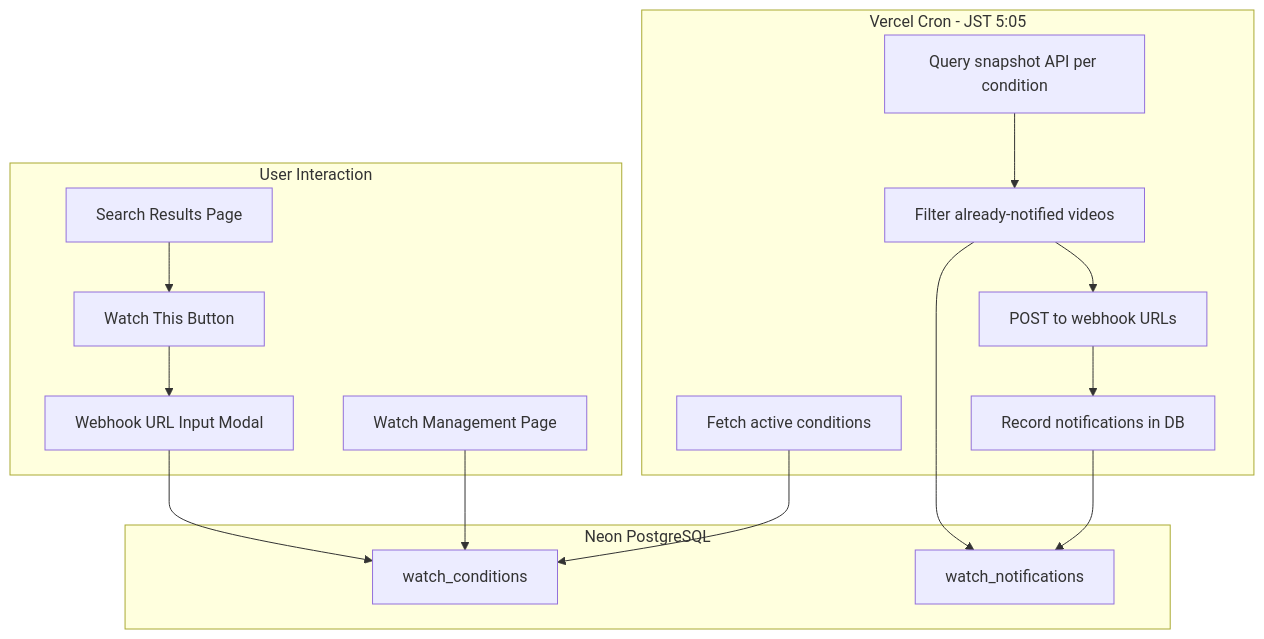
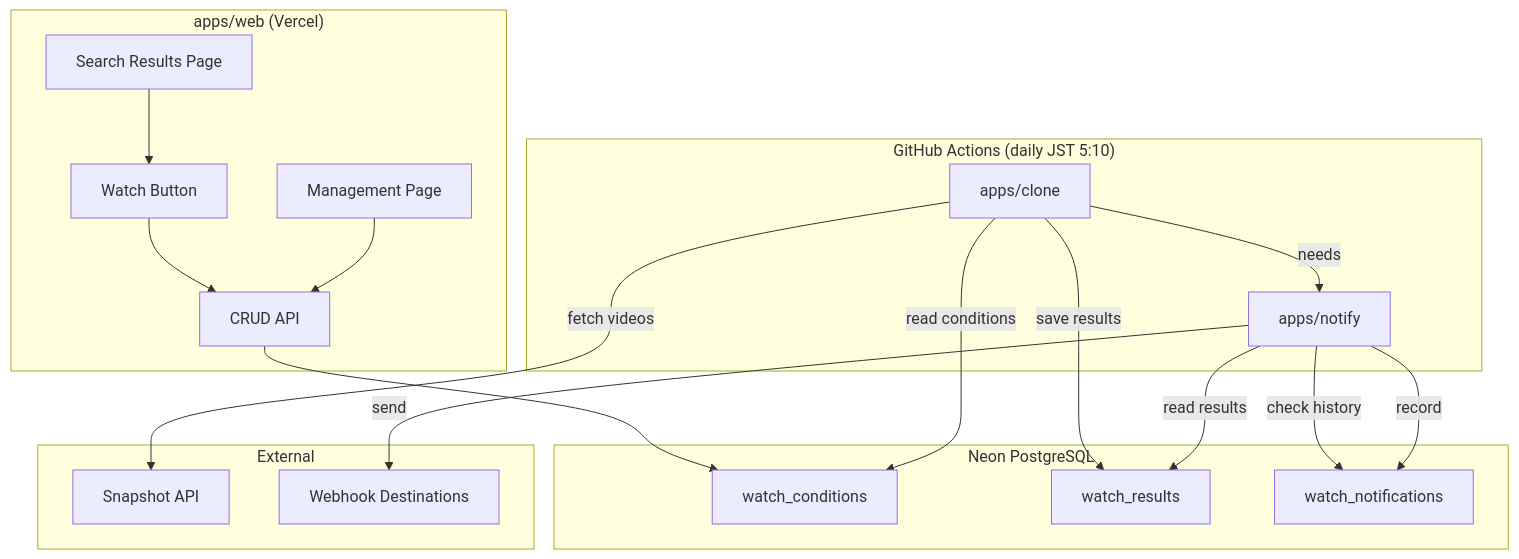
The second of 2 diagrams in docs/superpowers/specs/2026-04-11-watch-webhook-design.md (masseater/nicolens), drawn with Mermaid before and after one commit. The commit also changed other lines of this file and 1 other file, not shown here.

First line of the commit message:
docs: revise watch design and plan for microservice architecture

````diff
--- a/docs/superpowers/specs/2026-04-11-watch-webhook-design.md
+++ b/docs/superpowers/specs/2026-04-11-watch-webhook-design.md
@@ -20,33 +46,39 @@
 ```mermaid
 flowchart TB
-    subgraph UserFlow[User Interaction]
+    subgraph Web["apps/web (Vercel)"]
         SearchPage[Search Results Page]
-        WatchBtn[Watch This Button]
-        Modal[Webhook URL Input Modal]
-        ManagePage[Watch Management Page]
+        WatchBtn[Watch Button]
+        WatchAPI[CRUD API]
+        ManagePage[Management Page]
     end
 
-    subgraph Cron[Vercel Cron - JST 5:05]
-        FetchConds[Fetch active conditions]
-        QueryAPI[Query snapshot API per condition]
-        Dedup[Filter already-notified videos]
-        SendWebhook[POST to webhook URLs]
-        UpdateLog[Record notifications in DB]
+    subgraph GHA["GitHub Actions (daily JST 5:10)"]
+        CloneJob["apps/clone"]
+        NotifyJob["apps/notify"]
     end
 
     subgraph Storage[Neon PostgreSQL]
         WatchConds[watch_conditions]
+        WatchResults[watch_results]
         WatchNotifs[watch_notifications]
     end
 
-    SearchPage --> WatchBtn
-    WatchBtn --> Modal
-    Modal --> WatchConds
-    ManagePage --> WatchConds
-    FetchConds --> WatchConds
-    QueryAPI --> Dedup
-    Dedup --> WatchNotifs
-    Dedup --> SendWebhook
-    SendWebhook --> UpdateLog
-    UpdateLog --> WatchNotifs
+    subgraph External[External]
+        SnapshotAPI[Snapshot API]
+        WebhookDest[Webhook Destinations]
+    end
+
+    SearchPage --> WatchBtn --> WatchAPI --> WatchConds
+    ManagePage --> WatchAPI
+
+    CloneJob -->|read conditions| WatchConds
+    CloneJob -->|fetch videos| SnapshotAPI
+    CloneJob -->|save results| WatchResults
+
+    NotifyJob -->|read results| WatchResults
+    NotifyJob -->|check history| WatchNotifs
+    NotifyJob -->|send| WebhookDest
+    NotifyJob -->|record| WatchNotifs
+
+    CloneJob -->|needs| NotifyJob
 ```
````
